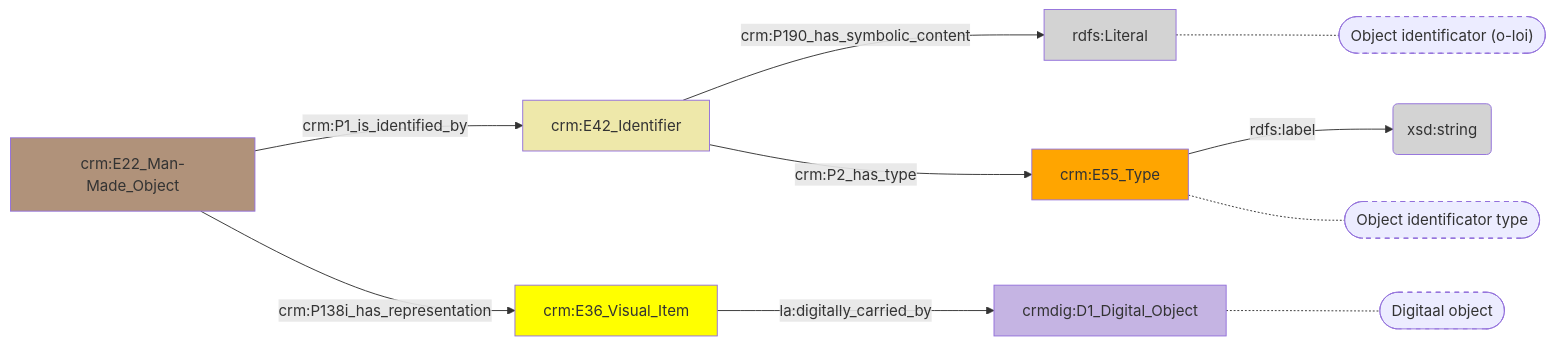
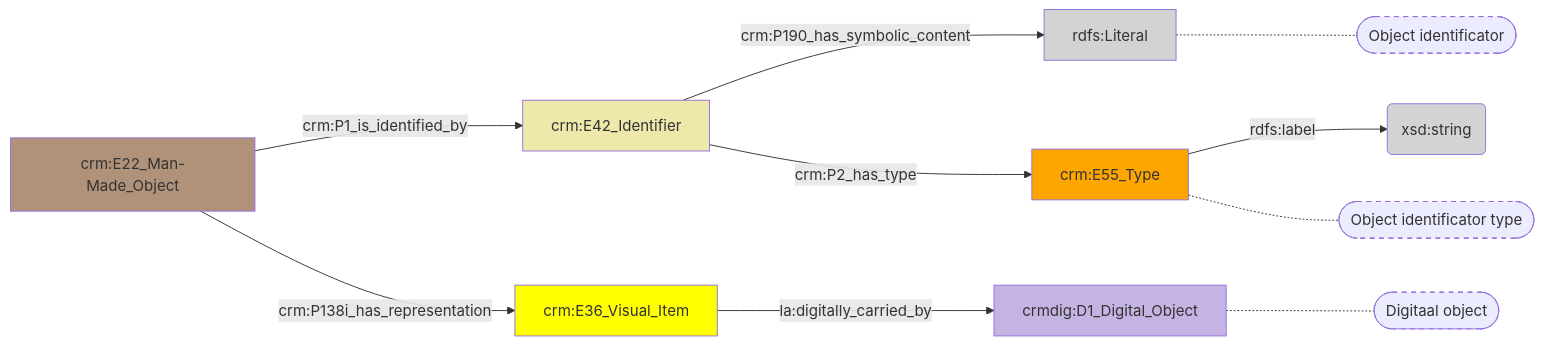
One commit to digipolisantwerpdocumentation/antwerp-cultureel-erfgoed changed the diagram in docs/content/modellen/BibliographicalItem/Identificatie.md. Above: the diagram before and after it, drawn with Mermaid. The commit also changed 32 other files, not shown here.

````diff
--- a/docs/content/modellen/BibliographicalItem/Identificatie.md
+++ b/docs/content/modellen/BibliographicalItem/Identificatie.md
@@ -1,22 +1,22 @@
 ```mermaid
 graph LR
 31fafa48-df80-11ed-9064-00163e71351b["crm:E42_Identifier"]-->|"crm:P190_has_symbolic_content"|31faff2a-df80-11ed-9064-00163e71351b(rdfs:Literal)
 31fb00ec-df80-11ed-9064-00163e71351b["crm:E55_Type"]-->|"rdfs:label"|31fb051a-df80-11ed-9064-00163e71351b(xsd:string)
+099f196c-df80-11ed-9232-00163e71351b["crm:E22_Man-Made_Object"]-->|"crm:P1_is_identified_by"|31fafa48-df80-11ed-9064-00163e71351b["crm:E42_Identifier"]
+099f196c-df80-11ed-9232-00163e71351b["crm:E22_Man-Made_Object"]-->|"crm:P138i_has_representation"|643c66b8-df80-11ed-9655-00163e71351b["crm:E36_Visual_Item"]
+31fafa48-df80-11ed-9064-00163e71351b["crm:E42_Identifier"]-->|"crm:P2_has_type"|31fb00ec-df80-11ed-9064-00163e71351b["crm:E55_Type"]
+643c66b8-df80-11ed-9655-00163e71351b["crm:E36_Visual_Item"]-->|"la:digitally_carried_by"|643c6a00-df80-11ed-9655-00163e71351b["crmdig:D1_Digital_Object"]
+31faff2a-df80-11ed-9064-00163e71351b["rdfs:Literal"]-.-31faff2a-df80-11ed-9064-00163e71351b_s(["Object identificator"])
+31fb00ec-df80-11ed-9064-00163e71351b["crm:E55_Type"]-.-31fb00ec-df80-11ed-9064-00163e71351b_s(["Object identificator type"])
+643c6a00-df80-11ed-9655-00163e71351b["crmdig:D1_Digital_Object"]-.-643c6a00-df80-11ed-9655-00163e71351b_s(["Digitaal object"])
 style 31faff2a-df80-11ed-9064-00163e71351b_s stroke-dasharray: 5
 style 31fb00ec-df80-11ed-9064-00163e71351b_s stroke-dasharray: 5
 style 643c6a00-df80-11ed-9655-00163e71351b_s stroke-dasharray: 5
 style 099f196c-df80-11ed-9232-00163e71351b fill:#B0927A
 style 31fafa48-df80-11ed-9064-00163e71351b fill:#EEE8AA
 style 31faff2a-df80-11ed-9064-00163e71351b fill:#D3D3D3
 style 31fb00ec-df80-11ed-9064-00163e71351b fill:#ffa500
 style 31fb051a-df80-11ed-9064-00163e71351b fill:#D3D3D3
 style 643c66b8-df80-11ed-9655-00163e71351b fill:#ffff00
 style 643c6a00-df80-11ed-9655-00163e71351b fill:#C5B4E3
-099f196c-df80-11ed-9232-00163e71351b["crm:E22_Man-Made_Object"]-->|"crm:P1_is_identified_by"|31fafa48-df80-11ed-9064-00163e71351b["crm:E42_Identifier"]
-099f196c-df80-11ed-9232-00163e71351b["crm:E22_Man-Made_Object"]-->|"crm:P138i_has_representation"|643c66b8-df80-11ed-9655-00163e71351b["crm:E36_Visual_Item"]
-31fafa48-df80-11ed-9064-00163e71351b["crm:E42_Identifier"]-->|"crm:P2_has_type"|31fb00ec-df80-11ed-9064-00163e71351b["crm:E55_Type"]
-643c66b8-df80-11ed-9655-00163e71351b["crm:E36_Visual_Item"]-->|"la:digitally_carried_by"|643c6a00-df80-11ed-9655-00163e71351b["crmdig:D1_Digital_Object"]
-31faff2a-df80-11ed-9064-00163e71351b["rdfs:Literal"]-.-31faff2a-df80-11ed-9064-00163e71351b_s(["Object identificator (o-loi)"])
-31fb00ec-df80-11ed-9064-00163e71351b["crm:E55_Type"]-.-31fb00ec-df80-11ed-9064-00163e71351b_s(["Object identificator type"])
-643c6a00-df80-11ed-9655-00163e71351b["crmdig:D1_Digital_Object"]-.-643c6a00-df80-11ed-9655-00163e71351b_s(["Digitaal object"])
 ```
````
